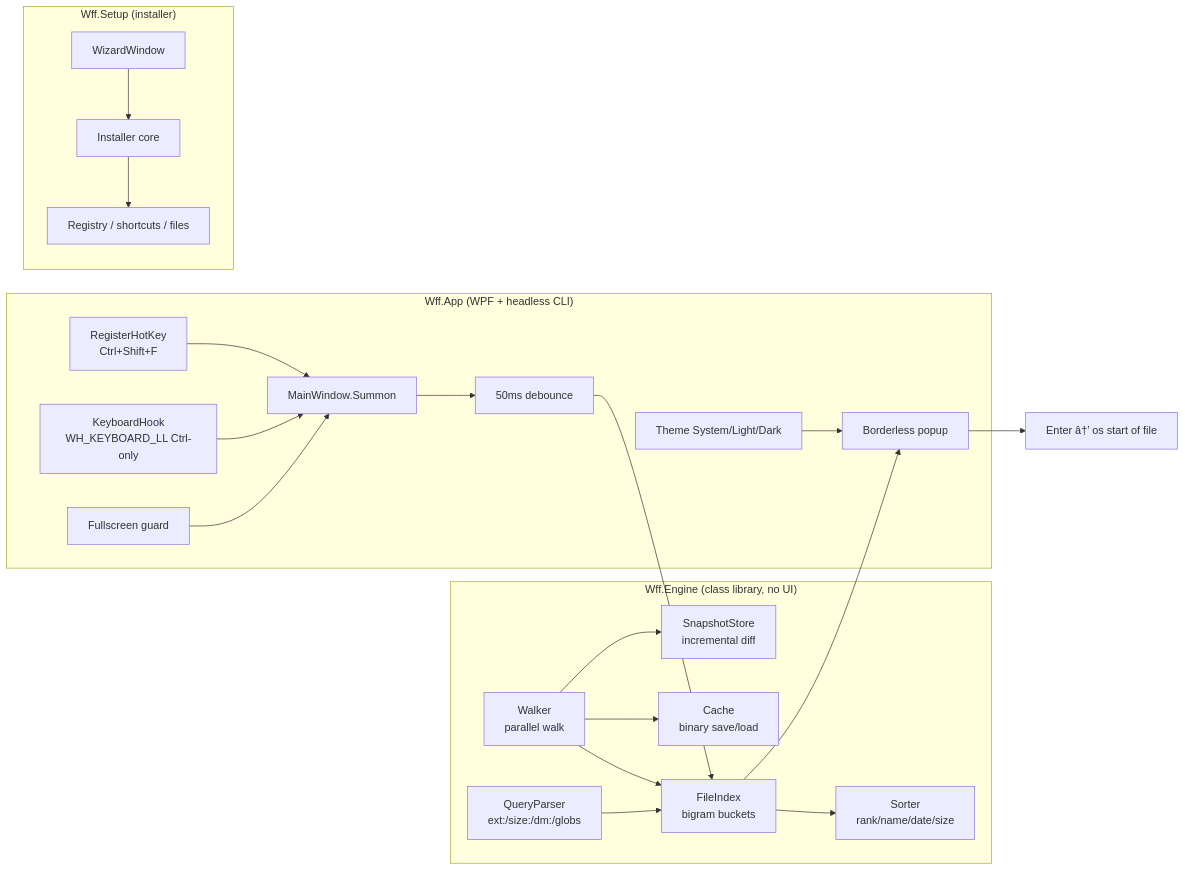
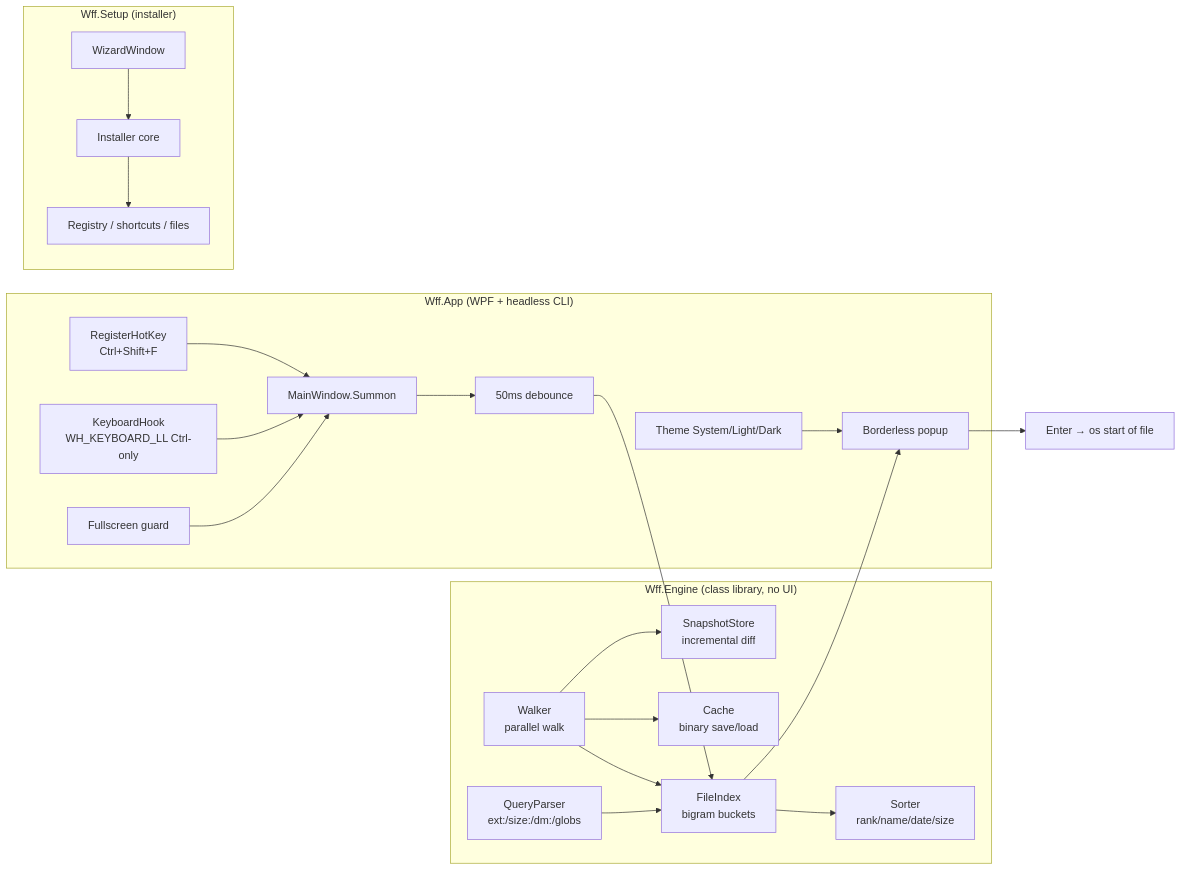
Before and after one commit to maxico714/win-fast-finder: the diagram in docs/ARCHITECTURE.md, drawn with Mermaid. The commit also changed other lines of this file and 3 other files, not shown here.

````diff
--- a/docs/ARCHITECTURE.md
+++ b/docs/ARCHITECTURE.md
@@ -9,23 +14,23 @@
 ```mermaid
 flowchart LR
   subgraph Wff.Engine["Wff.Engine (class library, no UI)"]
     W[Walker<br/>parallel walk] --> S[SnapshotStore<br/>incremental diff]
     W --> C[Cache<br/>binary save/load]
     W --> F[FileIndex<br/>bigram buckets]
     Q[QueryParser<br/>ext:/size:/dm:/globs] --> F
     F --> R[Sorter<br/>rank/name/date/size]
   end
   subgraph Wff.App["Wff.App (WPF + headless CLI)"]
     HK[RegisterHotKey<br/>Ctrl+Shift+F] --> SUM[MainWindow.Summon]
     LL[KeyboardHook<br/>WH_KEYBOARD_LL Ctrl-only] --> SUM
     SUM --> DB[50ms debounce] --> F
     FS[Fullscreen guard] --> SUM
     TH[Theme System/Light/Dark] --> UI[Borderless popup]
   end
   subgraph Wff.Setup["Wff.Setup (installer)"]
     Z[WizardWindow] --> I[Installer core]
     I --> R2[Registry / shortcuts / files]
   end
   F --> UI
-  UI --> OP[Enter â†’ os start of file]
+  UI --> OP[Enter → os start of file]
 ```
````
